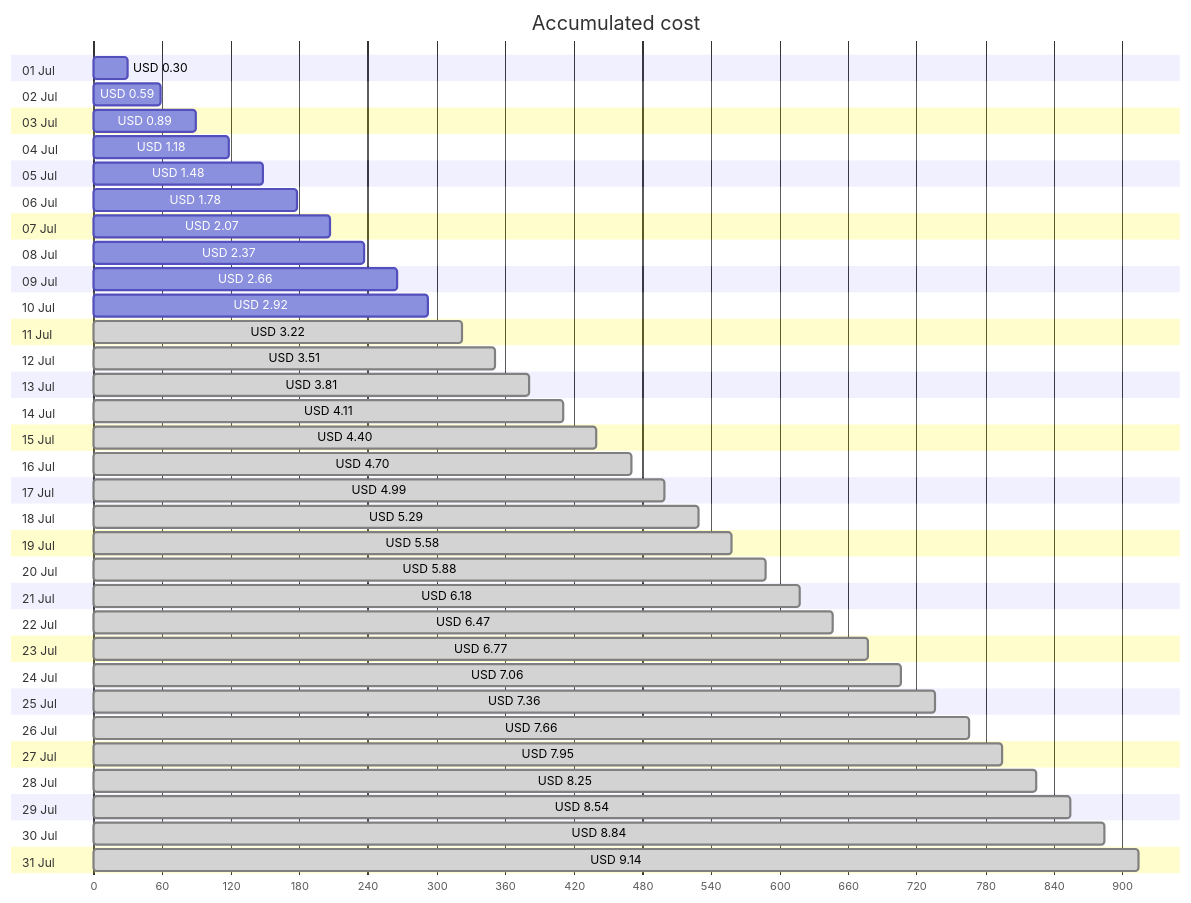
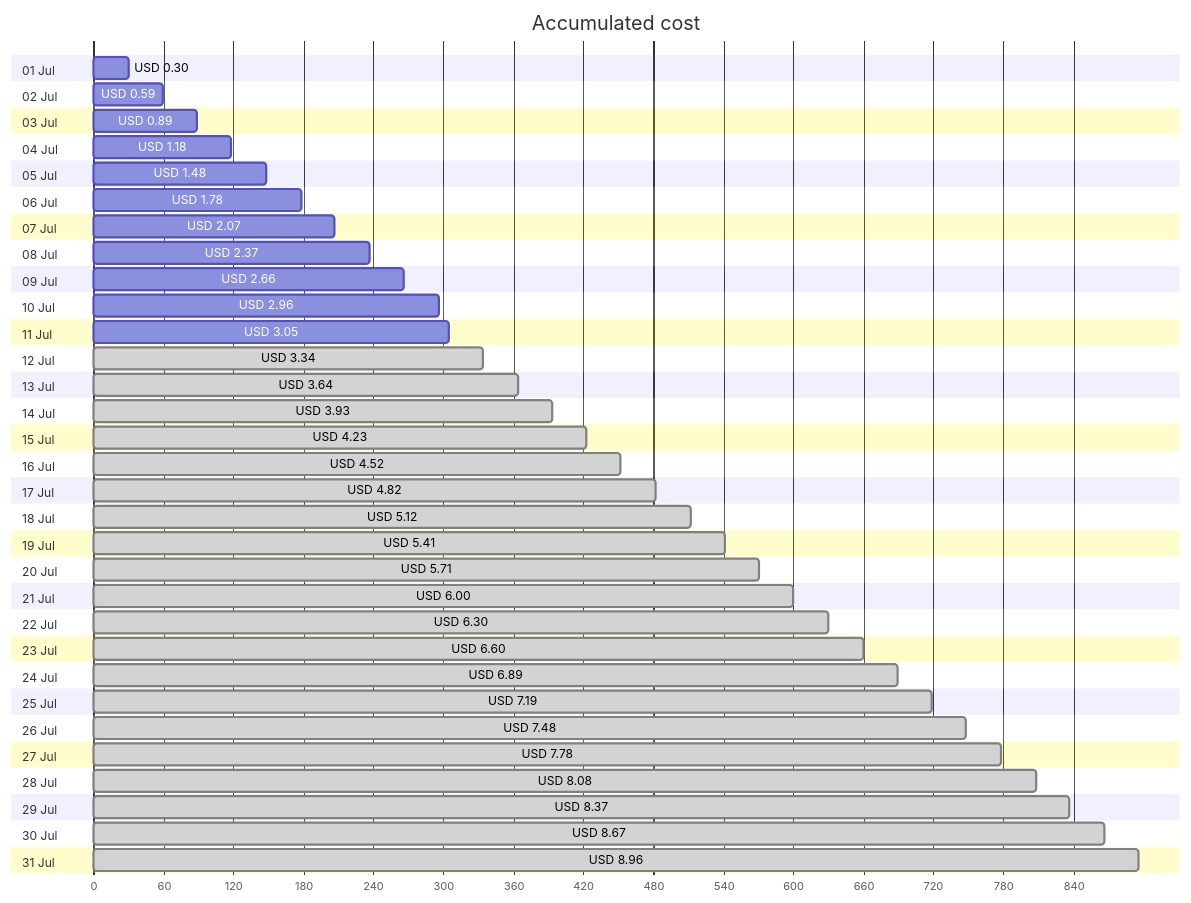
The first of 4 diagrams in cost-reports/personal-site/personal-site-preview.md (jpfulton/azure-personal-reports), drawn with Mermaid before and after one commit. The commit also changed other lines of this file and 6 other files, not shown here.

````diff
--- a/cost-reports/personal-site/personal-site-preview.md
+++ b/cost-reports/personal-site/personal-site-preview.md
@@ -20,68 +20,68 @@
 ```mermaid
 gantt
    title Accumulated cost
    dateFormat  X
    axisFormat %s
    section 01 Jul
    USD 0.30 :0, 30
    section 02 Jul
    USD 0.59 :0, 59
    section 03 Jul
    USD 0.89 :0, 89
    section 04 Jul
    USD 1.18 :0, 118
    section 05 Jul
    USD 1.48 :0, 148
    section 06 Jul
    USD 1.78 :0, 178
    section 07 Jul
    USD 2.07 :0, 207
    section 08 Jul
    USD 2.37 :0, 237
    section 09 Jul
    USD 2.66 :0, 266
    section 10 Jul
-   USD 2.92 :0, 292
+   USD 2.96 :0, 296
    section 11 Jul
-   USD 3.22 : done, 0, 322
+   USD 3.05 :0, 305
    section 12 Jul
-   USD 3.51 : done, 0, 351
+   USD 3.34 : done, 0, 334
    section 13 Jul
-   USD 3.81 : done, 0, 381
+   USD 3.64 : done, 0, 364
    section 14 Jul
-   USD 4.11 : done, 0, 411
+   USD 3.93 : done, 0, 393
    section 15 Jul
-   USD 4.40 : done, 0, 440
+   USD 4.23 : done, 0, 423
    section 16 Jul
-   USD 4.70 : done, 0, 470
+   USD 4.52 : done, 0, 452
    section 17 Jul
-   USD 4.99 : done, 0, 499
+   USD 4.82 : done, 0, 482
    section 18 Jul
-   USD 5.29 : done, 0, 529
+   USD 5.12 : done, 0, 512
    section 19 Jul
-   USD 5.58 : done, 0, 558
+   USD 5.41 : done, 0, 541
    section 20 Jul
-   USD 5.88 : done, 0, 588
+   USD 5.71 : done, 0, 571
    section 21 Jul
-   USD 6.18 : done, 0, 618
+   USD 6.00 : done, 0, 600
    section 22 Jul
-   USD 6.47 : done, 0, 647
+   USD 6.30 : done, 0, 630
    section 23 Jul
-   USD 6.77 : done, 0, 677
+   USD 6.60 : done, 0, 660
    section 24 Jul
-   USD 7.06 : done, 0, 706
+   USD 6.89 : done, 0, 689
    section 25 Jul
-   USD 7.36 : done, 0, 736
+   USD 7.19 : done, 0, 719
    section 26 Jul
-   USD 7.66 : done, 0, 766
+   USD 7.48 : done, 0, 748
    section 27 Jul
-   USD 7.95 : done, 0, 795
+   USD 7.78 : done, 0, 778
    section 28 Jul
-   USD 8.25 : done, 0, 825
+   USD 8.08 : done, 0, 808
    section 29 Jul
-   USD 8.54 : done, 0, 854
+   USD 8.37 : done, 0, 837
    section 30 Jul
-   USD 8.84 : done, 0, 884
+   USD 8.67 : done, 0, 867
    section 31 Jul
-   USD 9.14 : done, 0, 914
+   USD 8.96 : done, 0, 896
 ```
````
